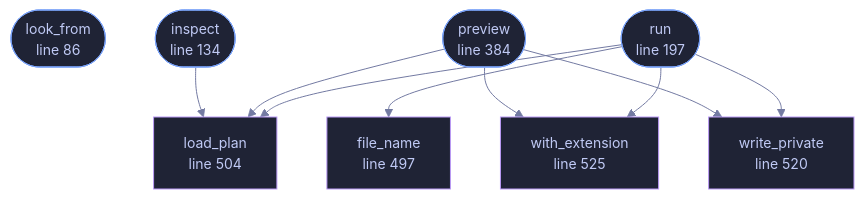
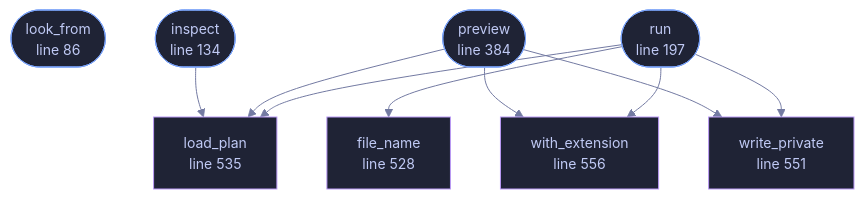
Before and after one commit to tilas01/veilvoice: the diagram in docs/files/veilvoice-cli/conversation.md, drawn with Mermaid. The commit also changed other lines of this file and 51 other files, not shown here.

````diff
--- a/docs/files/veilvoice-cli/conversation.md
+++ b/docs/files/veilvoice-cli/conversation.md
@@ -118,32 +118,32 @@
 ```mermaid
 %%{init: {"theme":"base","themeVariables":{"background":"#1a1b26","primaryColor":"#1f2335","primaryTextColor":"#c0caf5","primaryBorderColor":"#7aa2f7","secondaryColor":"#16161e","tertiaryColor":"#16161e","lineColor":"#737aa2","textColor":"#c0caf5","mainBkg":"#1f2335","nodeBorder":"#7aa2f7","clusterBkg":"#16161e","clusterBorder":"#2f3549","fontFamily":"ui-monospace, SFMono-Regular, Consolas, monospace","fontSize":"14px"}}}%%
 flowchart TD
     n_look_from(["look_from<br/>line 86"])
     n_inspect(["inspect<br/>line 134"])
     n_run(["run<br/>line 197"])
     n_preview(["preview<br/>line 384"])
-    n_file_name["file_name<br/>line 497"]
-    n_load_plan["load_plan<br/>line 504"]
-    n_write_private["write_private<br/>line 520"]
-    n_with_extension["with_extension<br/>line 525"]
+    n_file_name["file_name<br/>line 528"]
+    n_load_plan["load_plan<br/>line 535"]
+    n_write_private["write_private<br/>line 551"]
+    n_with_extension["with_extension<br/>line 556"]
     n_inspect --> n_load_plan
     n_preview --> n_load_plan
     n_preview --> n_with_extension
     n_preview --> n_write_private
     n_run --> n_file_name
     n_run --> n_load_plan
     n_run --> n_with_extension
     n_run --> n_write_private
     click n_look_from href "https://github.com/tilas01/veilvoice/blob/main/crates/veilvoice-cli/src/conversation.rs#L86" "open the source"
     click n_inspect href "https://github.com/tilas01/veilvoice/blob/main/crates/veilvoice-cli/src/conversation.rs#L134" "open the source"
     click n_run href "https://github.com/tilas01/veilvoice/blob/main/crates/veilvoice-cli/src/conversation.rs#L197" "open the source"
     click n_preview href "https://github.com/tilas01/veilvoice/blob/main/crates/veilvoice-cli/src/conversation.rs#L384" "open the source"
-    click n_file_name href "https://github.com/tilas01/veilvoice/blob/main/crates/veilvoice-cli/src/conversation.rs#L497" "open the source"
-    click n_load_plan href "https://github.com/tilas01/veilvoice/blob/main/crates/veilvoice-cli/src/conversation.rs#L504" "open the source"
-    click n_write_private href "https://github.com/tilas01/veilvoice/blob/main/crates/veilvoice-cli/src/conversation.rs#L520" "open the source"
-    click n_with_extension href "https://github.com/tilas01/veilvoice/blob/main/crates/veilvoice-cli/src/conversation.rs#L525" "open the source"
+    click n_file_name href "https://github.com/tilas01/veilvoice/blob/main/crates/veilvoice-cli/src/conversation.rs#L528" "open the source"
+    click n_load_plan href "https://github.com/tilas01/veilvoice/blob/main/crates/veilvoice-cli/src/conversation.rs#L535" "open the source"
+    click n_write_private href "https://github.com/tilas01/veilvoice/blob/main/crates/veilvoice-cli/src/conversation.rs#L551" "open the source"
+    click n_with_extension href "https://github.com/tilas01/veilvoice/blob/main/crates/veilvoice-cli/src/conversation.rs#L556" "open the source"
     classDef entry fill:#1f2335,stroke:#7aa2f7,color:#c0caf5
     class n_look_from,n_inspect,n_run,n_preview entry
     classDef helper fill:#1f2335,stroke:#bb9af7,color:#c0caf5
     class n_file_name,n_load_plan,n_write_private,n_with_extension helper
 ```
````
